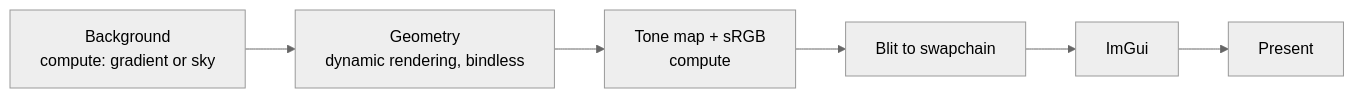
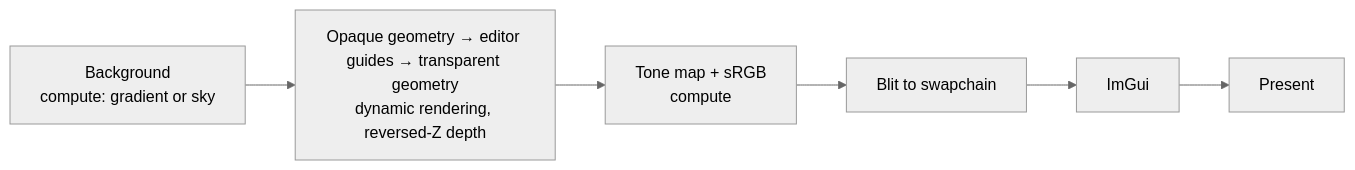
Before and after one commit to jperez01/vk-playground: the diagram in README.md, drawn with Mermaid (neutral theme). The commit also changed other lines of this file and 30 other files, not shown here.

Commit message:
Add docked editor workspace, guides, and transform navigation gizmos

````diff
--- a/README.md
+++ b/README.md
@@ -20,8 +21,8 @@
 ```mermaid
 flowchart LR
-    A[Background<br/>compute: gradient or sky] --> B[Geometry<br/>dynamic rendering, bindless]
+    A[Background<br/>compute: gradient or sky] --> B[Opaque geometry → editor guides → transparent geometry<br/>dynamic rendering, reversed-Z depth]
     B --> C[Tone map + sRGB<br/>compute]
     C --> D[Blit to swapchain]
     D --> E[ImGui]
     E --> F[Present]
 ```
````
